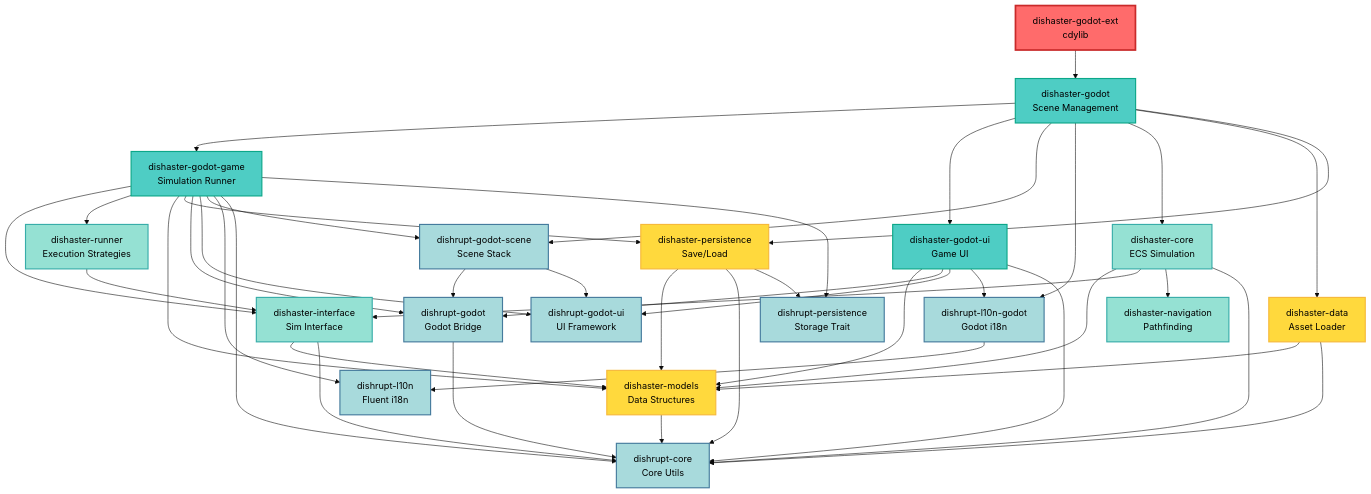
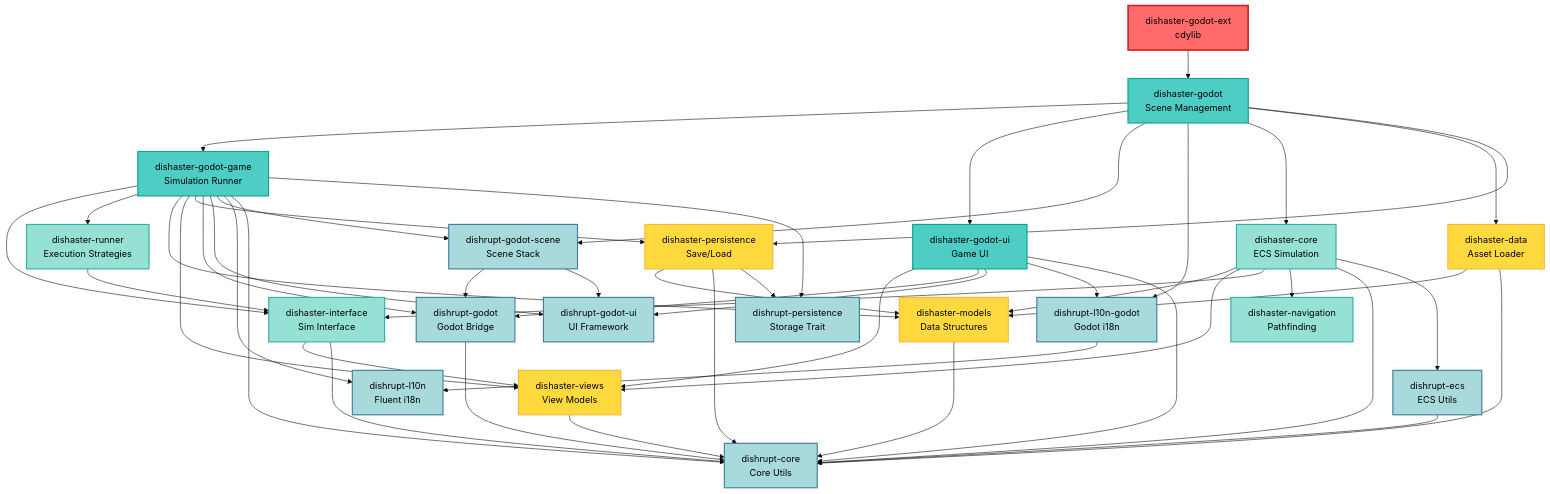
Before and after one commit to QuadnucYard/dishaster: the diagram in crates/README.md, drawn with Mermaid (base theme). The commit also changed other lines of this file and 30 other files, not shown here.

Commit message:
refactor: separate ecs utilities from `dishrupt-core`

````diff
--- a/crates/README.md
+++ b/crates/README.md
@@ -219,8 +273,12 @@
 
     %% Framework - Core
     d-core[dishrupt-core<br/>Core Utils]
+    d-ecs[dishrupt-ecs<br/>ECS Utils]
     d-persist[dishrupt-persistence<br/>Storage Trait]
     d-l10n[dishrupt-l10n<br/>Fluent i18n]
+
+    %% Presentation data
+    views[dishaster-views<br/>View Models]
 
     %% Entry point deps
     godot-ext --> godot
@@ -238,6 +296,7 @@
     godot-game --> interface
     godot-game --> runner
     godot-game --> models
+    godot-game --> views
     godot-game --> persist
     godot-game --> d-godot
     godot-game --> d-godot-ui
@@ -246,7 +305,7 @@
     godot-game --> d-core
     godot-game --> d-persist
 
-    godot-ui --> models
+    godot-ui --> views
     godot-ui --> d-godot
     godot-ui --> d-godot-ui
     godot-ui --> d-l10n-godot
@@ -254,14 +313,18 @@
 
     %% Core simulation deps
     core --> models
+    core --> views
     core --> interface
     core --> nav
     core --> d-core
+    core --> d-ecs
 
-    interface --> models
+    interface --> views
     interface --> d-core
 
     runner --> interface
+
+    views --> d-core
 
     %% Data deps
     data --> models
@@ -279,6 +342,8 @@
 
     d-godot --> d-core
 
+    d-ecs --> d-core
+
     d-l10n-godot --> d-l10n
 
     %% Styling
@@ -291,6 +356,6 @@
     class godot-ext entry
     class godot,godot-game,godot-ui game
     class core,interface,runner,nav sim
-    class models,data,persist data
-    class d-core,d-godot,d-godot-ui,d-godot-scene,d-persist,d-l10n,d-l10n-godot framework
+    class models,views,data,persist data
+    class d-core,d-ecs,d-godot,d-godot-ui,d-godot-scene,d-persist,d-l10n,d-l10n-godot framework
 ```
````
